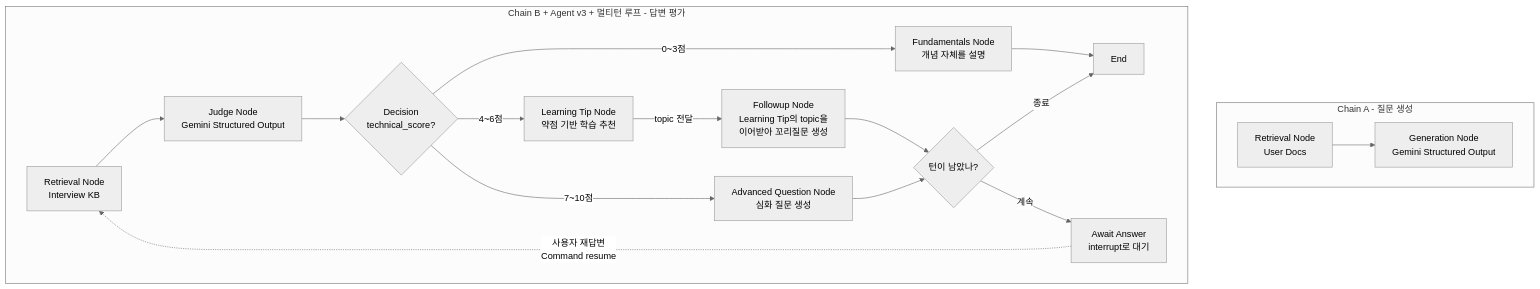
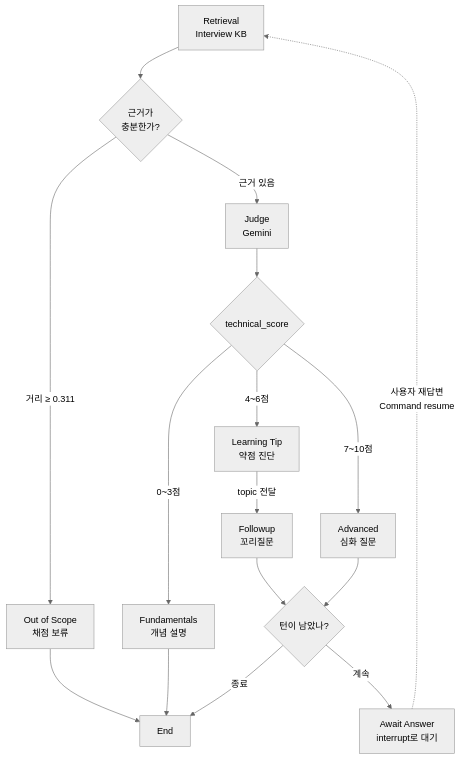
Before and after one commit to jiyoung720/ai-interview-coach: the second of 2 diagrams in README.md, drawn with Mermaid (neutral theme). The commit also changed other lines of this file, not shown here.

Commit message:
docs: 아키텍처 다이어그램을 두 개로 나누고 폭 축소
- Chain A와 Chain B를 별도 블록으로 분리 (나란히 놓여 전체 폭이 커지던 문제)
- 노드 라벨을 줄여 박스 폭 축소. 가장 넓은 지점이 점수 3분기로 줄어듦
- 누락돼 있던 out_of_scope 분기 추가

````diff
--- a/README.md
+++ b/README.md
@@ -70,20 +79,20 @@
 ```mermaid
 flowchart TB
-    subgraph ChainA["Chain A - 질문 생성"]
-        A1[Retrieval Node<br/>User Docs] --> A2[Generation Node<br/>Gemini Structured Output]
-    end
-    subgraph ChainB["Chain B + Agent v3 + 멀티턴 루프 - 답변 평가"]
-        B1[Retrieval Node<br/>Interview KB] --> B2[Judge Node<br/>Gemini Structured Output]
-        B2 --> BD{Decision<br/>technical_score?}
-        BD -->|"0~3점"| B6[Fundamentals Node<br/>개념 자체를 설명]
-        BD -->|"4~6점"| B3[Learning Tip Node<br/>약점 기반 학습 추천]
-        B3 -->|"topic 전달"| B5[Followup Node<br/>Learning Tip의 topic을<br/>이어받아 꼬리질문 생성]
-        BD -->|"7~10점"| B7[Advanced Question Node<br/>심화 질문 생성]
-        B6 --> B4[End]
-        B5 --> BC{"턴이 남았나?"}
-        B7 --> BC
-        BC -->|"종료"| B4
-        BC -->|"계속"| B8[Await Answer<br/>interrupt로 대기]
-        B8 -.->|"사용자 재답변<br/>Command resume"| B1
-    end
+    B1[Retrieval<br/>Interview KB] --> BS{근거가<br/>충분한가?}
+    BS -->|"거리 ≥ 0.311"| BX[Out of Scope<br/>채점 보류]
+    BS -->|"근거 있음"| B2[Judge<br/>Gemini]
+    B2 --> BD{technical_score}
+
+    BD -->|"0~3점"| B6[Fundamentals<br/>개념 설명]
+    BD -->|"4~6점"| B3[Learning Tip<br/>약점 진단]
+    BD -->|"7~10점"| B7[Advanced<br/>심화 질문]
+    B3 -->|"topic 전달"| B5[Followup<br/>꼬리질문]
+
+    BX --> B4[End]
+    B6 --> B4
+    B5 --> BC{턴이 남았나?}
+    B7 --> BC
+    BC -->|"종료"| B4
+    BC -->|"계속"| B8[Await Answer<br/>interrupt로 대기]
+    B8 -.->|"사용자 재답변<br/>Command resume"| B1
 ```
````
